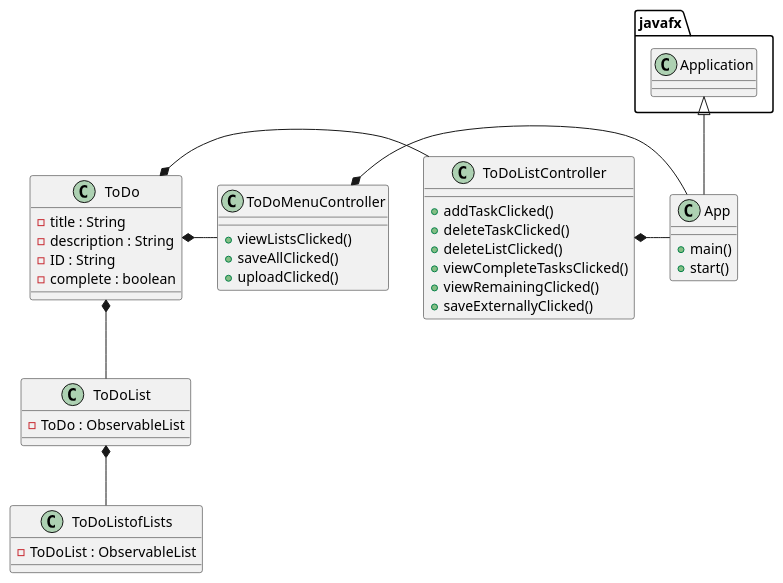
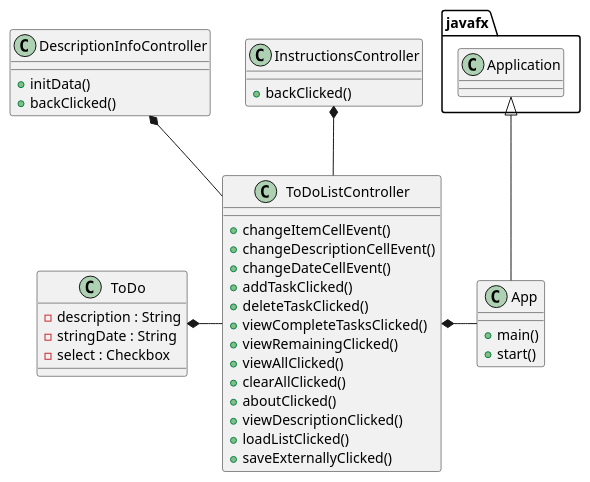
The diagram in uml/ToDoDiagram.puml (k-narotam/To-Do-List), drawn with PlantUML before and after one commit. The commit also changed 13 other files, not shown here.

```diff
--- a/uml/ToDoDiagram.puml
+++ b/uml/ToDoDiagram.puml
@@ -1,53 +1,51 @@
 @startuml
 'https://plantuml.com/class-diagram
 
 class App {
     + main()
     + start()
 }
 
-class ToDoMenuController {
-    + viewListsClicked()
-    + saveAllClicked()
-    + uploadClicked()
+
+class ToDo {
+    - description : String
+    - stringDate : String
+    - select : Checkbox
 }
 
-class ToDo {
-    - title : String
-    - description : String
-    - ID : String
-    - complete : boolean
-}
-
-class ToDoList {
-    - ToDo : ObservableList
-}
-
-
-class ToDoListofLists {
-    - ToDoList : ObservableList
-}
 class ToDoListController {
+    + changeItemCellEvent()
+    + changeDescriptionCellEvent()
+    + changeDateCellEvent()
     + addTaskClicked()
     + deleteTaskClicked()
-    + deleteListClicked()
     + viewCompleteTasksClicked()
     + viewRemainingClicked()
+    + viewAllClicked()
+    + clearAllClicked()
+    + aboutClicked()
+    + viewDescriptionClicked()
+    + loadListClicked()
     + saveExternallyClicked()
 }
 
+class DescriptionInfoController {
+    + initData()
+    + backClicked()
+}
 
+class InstructionsController {
+    + backClicked()
+}
 ToDoListController *- App
-ToDoMenuController *- App
 
 ToDo *- ToDoListController
-ToDo *- ToDoMenuController
 
-ToDo *-- ToDoList
+DescriptionInfoController *-- ToDoListController
+InstructionsController *-- ToDoListController
 
-ToDoList *-- ToDoListofLists
 
 javafx.Application <|-- App
 
 
 @enduml
```
